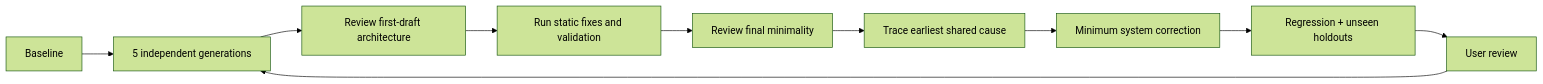
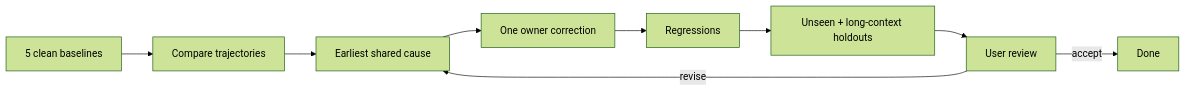
Before and after one commit to MP281X/ai-toolkit: the diagram in .agents/skills/skill-writing/references/evaluation.md, drawn with Mermaid (forest theme). The commit also changed other lines of this file and 20 other files, not shown here.

````diff
--- a/.agents/skills/skill-writing/references/evaluation.md
+++ b/.agents/skills/skill-writing/references/evaluation.md
@@ -68,12 +90,11 @@
 ```mermaid
 flowchart LR
-	Baseline[Baseline] --> Generate[5 independent generations]
-	Generate --> Draft[Review first-draft architecture]
-	Draft --> Fix[Run static fixes and validation]
-	Fix --> Final[Review final minimality]
-	Final --> Root[Trace earliest shared cause]
-	Root --> Change[Minimum system correction]
-	Change --> Regress[Regression + unseen holdouts]
-	Regress --> User[User review]
-	User --> Generate
+	B[5 clean baselines] --> T[Compare trajectories]
+	T --> R[Earliest shared cause]
+	R --> C[One owner correction]
+	C --> G[Regressions]
+	G --> H[Unseen + long-context holdouts]
+	H --> U[User review]
+	U -->|revise| R
+	U -->|accept| D[Done]
 ```
````
